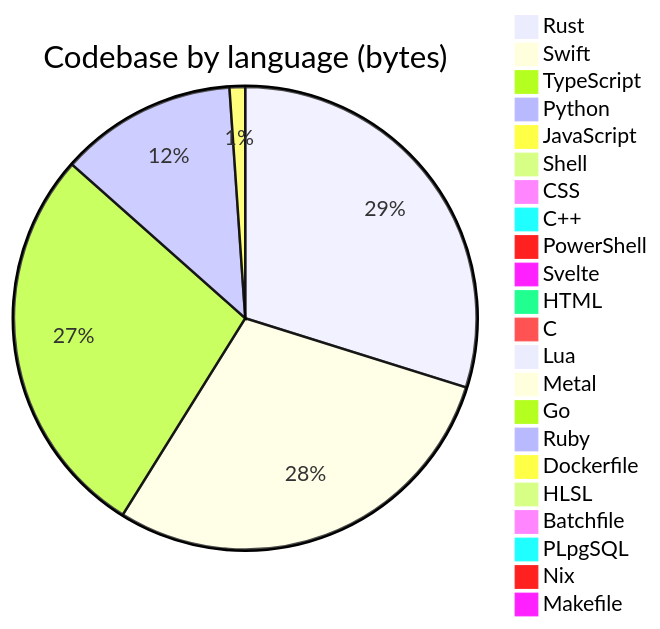
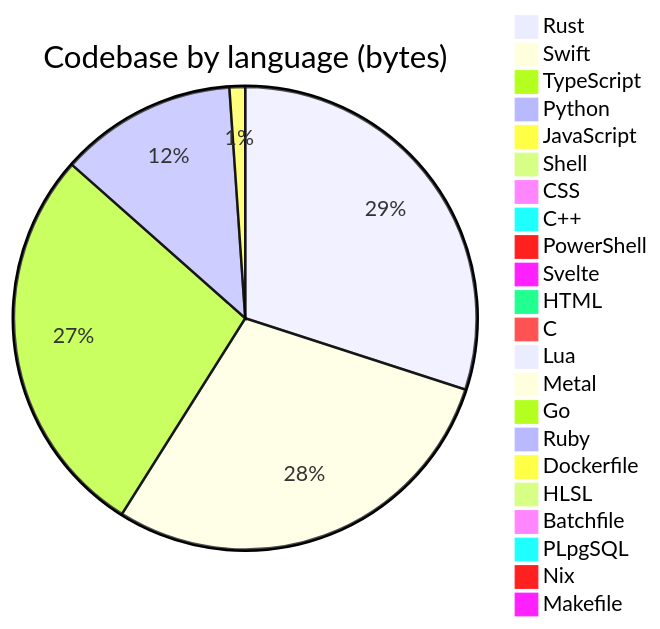
One commit to Open330/.github changed the diagram in profile/README.md. Above: the diagram before and after it, drawn with Mermaid. The commit also changed other lines of this file and 1 other file, not shown here.

````diff
--- a/profile/README.md
+++ b/profile/README.md
@@ -140,25 +140,25 @@
 ```mermaid
 pie title Codebase by language (bytes)
-    "Rust" : 44341490
-    "Swift" : 43160695
-    "TypeScript" : 41144760
-    "Python" : 18362263
-    "JavaScript" : 1622039
-    "Shell" : 1508031
-    "CSS" : 615331
+    "Rust" : 44758696
+    "Swift" : 43219651
+    "TypeScript" : 41180511
+    "Python" : 18457695
+    "JavaScript" : 1633764
+    "Shell" : 1513477
+    "CSS" : 615855
     "C++" : 388775
     "PowerShell" : 333787
     "Svelte" : 275766
     "HTML" : 227053
     "C" : 197825
     "Lua" : 48814
     "Metal" : 33192
     "Go" : 22811
     "Ruby" : 13263
     "Dockerfile" : 7804
     "HLSL" : 7527
     "Batchfile" : 5660
     "PLpgSQL" : 5283
     "Nix" : 3168
     "Makefile" : 2991
 ```
````
